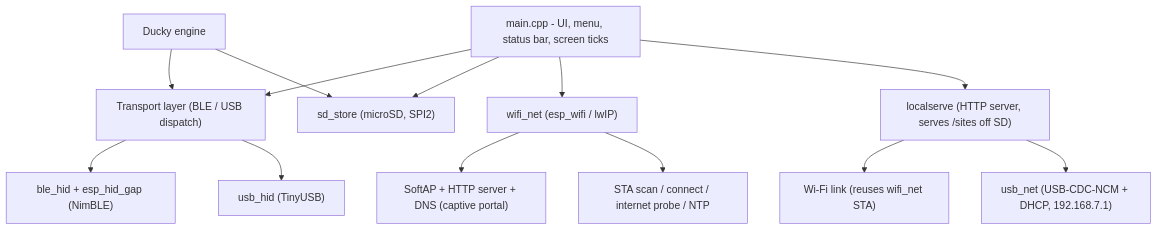
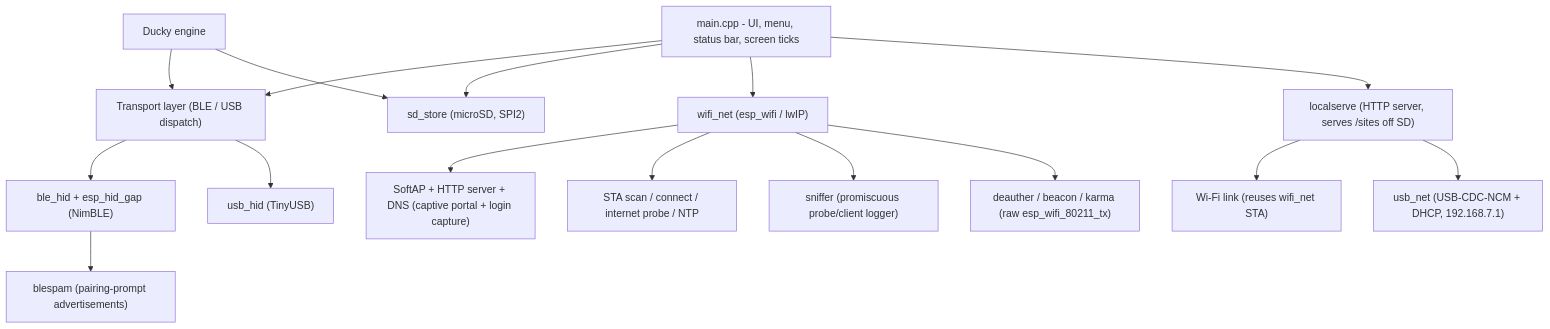
Before and after one commit to nikhilsaps/Nexus: the diagram in README.md, drawn with Mermaid. The commit also changed other lines of this file and 14 other files, not shown here.

Commit message:
Add-Wi-Fi-deauth-beacon-karma-and-BLE-spam-plus-Evil-Twin-login-capture-document-in-README

````diff
--- a/README.md
+++ b/README.md
@@ -226,16 +281,19 @@
 ```mermaid
 flowchart TD
     UI["main.cpp - UI, menu, status bar, screen ticks"]
     UI --> HID["Transport layer (BLE / USB dispatch)"]
     HID --> BLE["ble_hid + esp_hid_gap (NimBLE)"]
     HID --> USB["usb_hid (TinyUSB)"]
     UI --> SD["sd_store (microSD, SPI2)"]
     UI --> WIFI["wifi_net (esp_wifi / lwIP)"]
-    WIFI --> AP["SoftAP + HTTP server + DNS (captive portal)"]
+    WIFI --> AP["SoftAP + HTTP server + DNS (captive portal + login capture)"]
     WIFI --> STA["STA scan / connect / internet probe / NTP"]
+    WIFI --> SNIFF["sniffer (promiscuous probe/client logger)"]
+    WIFI --> RF["deauther / beacon / karma (raw esp_wifi_80211_tx)"]
+    BLE --> BSPAM["blespam (pairing-prompt advertisements)"]
     UI --> LS["localserve (HTTP server, serves /sites off SD)"]
     LS --> LSW["Wi-Fi link (reuses wifi_net STA)"]
     LS --> LSU["usb_net (USB-CDC-NCM + DHCP, 192.168.7.1)"]
     DUCK["Ducky engine"] --> HID
     DUCK --> SD
 ```
````
